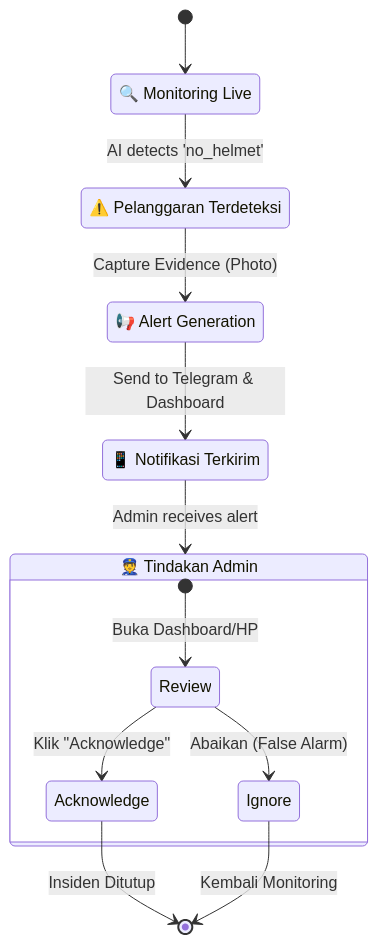
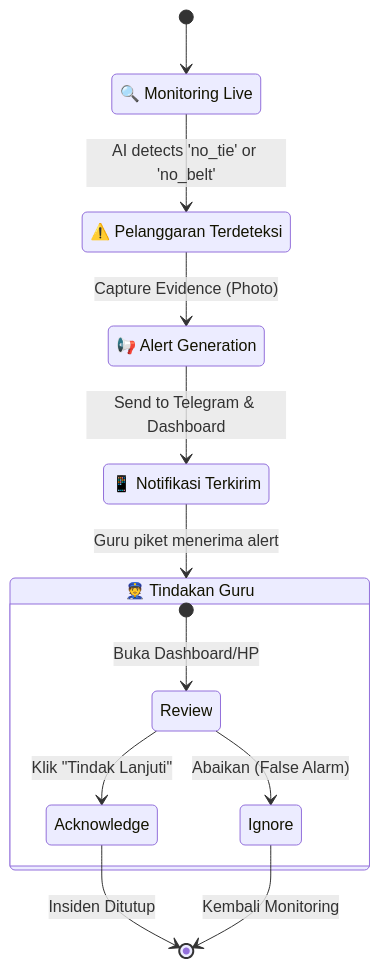
One commit to yhyaa294/sirapi-by-smanero changed the fourth of 5 diagrams in FLOWCHART_SYSTEM.md. Above: the diagram before and after it, drawn with Mermaid. The commit also changed other lines of this file and 187 other files, not shown here.

````diff
--- a/FLOWCHART_SYSTEM.md
+++ b/FLOWCHART_SYSTEM.md
@@ -139,25 +139,25 @@
 ```mermaid
 stateDiagram-v2
     [*] --> Monitoring
     
     state "🔍 Monitoring Live" as Monitoring
     state "⚠️ Pelanggaran Terdeteksi" as Violation
     state "📢 Alert Generation" as Alert
     state "📱 Notifikasi Terkirim" as Sent
-    state "👮 Tindakan Admin" as Action
+    state "👮 Tindakan Guru" as Action
     
-    Monitoring --> Violation: AI detects 'no_helmet'
+    Monitoring --> Violation: AI detects 'no_tie' or 'no_belt'
     Violation --> Alert: Capture Evidence (Photo)
     Alert --> Sent: Send to Telegram & Dashboard
     
-    Sent --> Action: Admin receives alert
+    Sent --> Action: Guru piket menerima alert
     
     state Action {
         [*] --> Review: Buka Dashboard/HP
-        Review --> Acknowledge: Klik "Acknowledge"
+        Review --> Acknowledge: Klik "Tindak Lanjuti"
         Review --> Ignore: Abaikan (False Alarm)
     }
     
     Acknowledge --> [*]: Insiden Ditutup
     Ignore --> [*]: Kembali Monitoring
 ```
````
